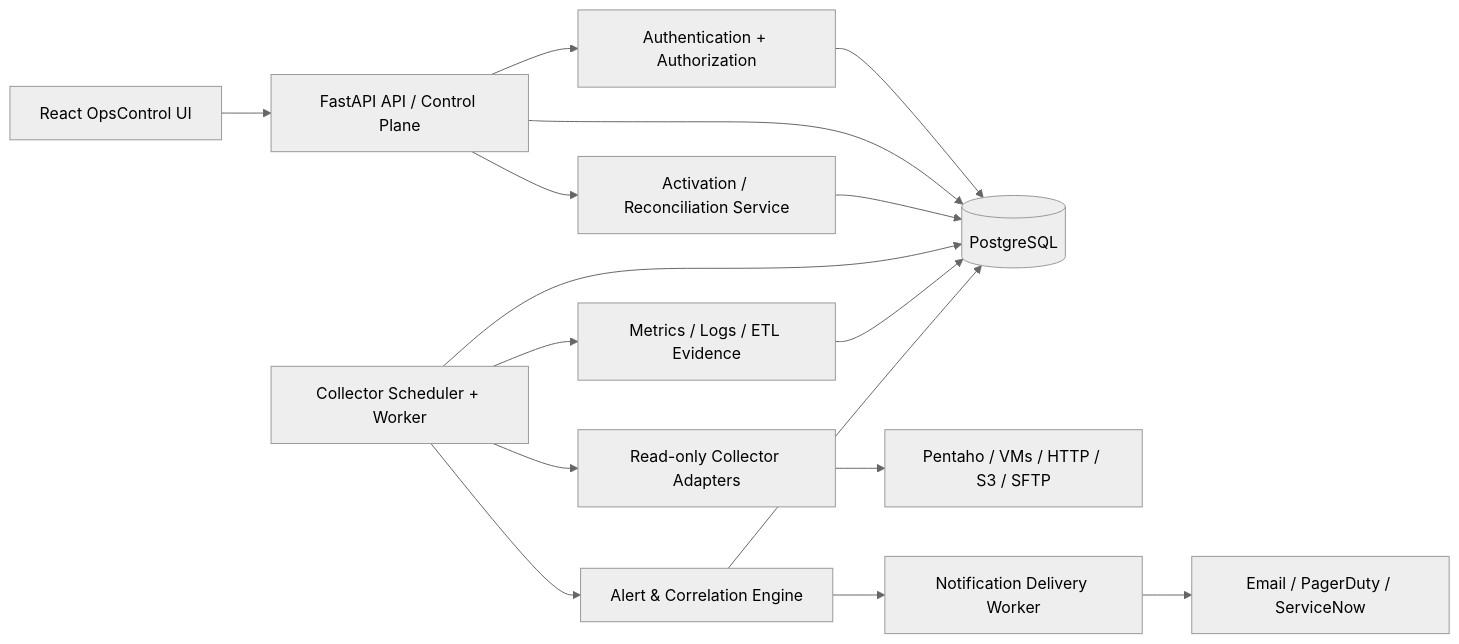
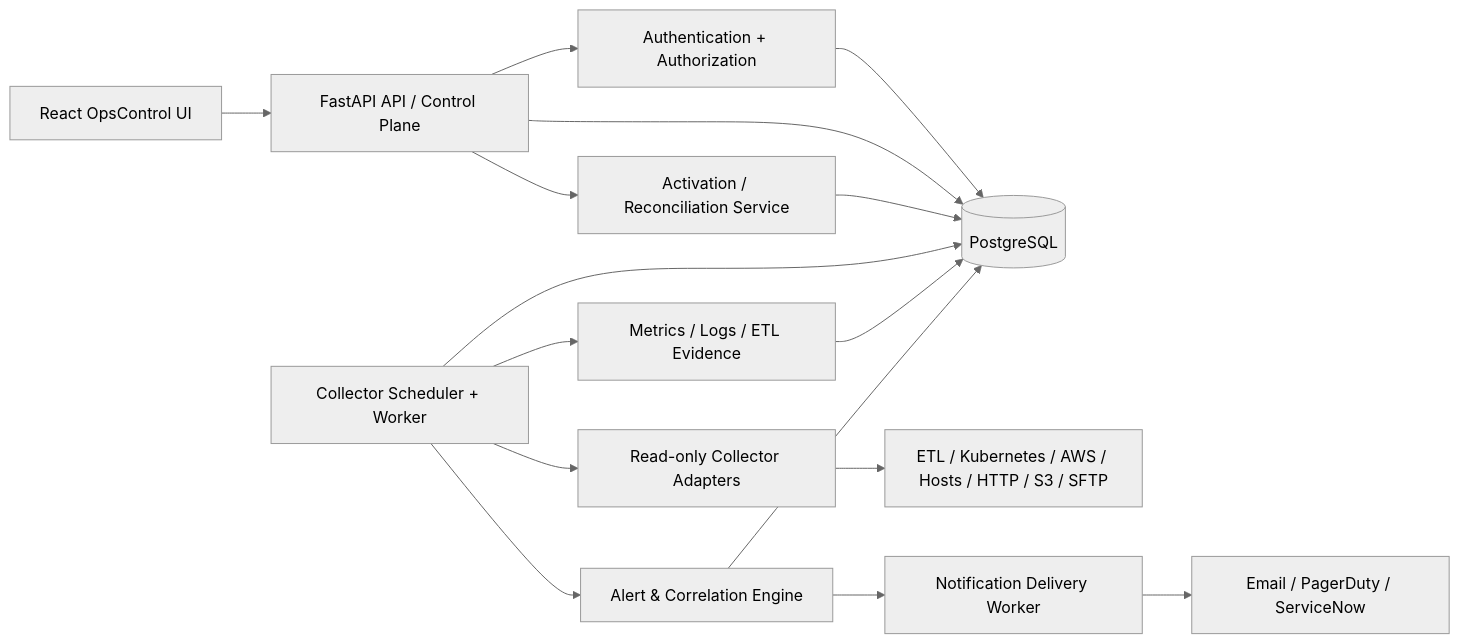
The diagram in docs/sdlc/phase2/01-ARCHITECTURE.md (Parikshit-Sahrawat/OpsControl_Dashboard), drawn with Mermaid (neutral theme) before and after one commit. The commit also changed other lines of this file, not shown here.

Commit message:
docs(phase2): align discovery, remote agent and integration sequence

````diff
--- a/docs/sdlc/phase2/01-ARCHITECTURE.md
+++ b/docs/sdlc/phase2/01-ARCHITECTURE.md
@@ -7,18 +10,18 @@
 ```mermaid
 flowchart LR
   Browser[React OpsControl UI] --> API[FastAPI API / Control Plane]
   API --> Auth[Authentication + Authorization]
   Auth --> DB[(PostgreSQL)]
   API --> DB
   API --> Act[Activation / Reconciliation Service]
   Act --> DB
   Worker[Collector Scheduler + Worker] --> DB
   Worker --> Adapters[Read-only Collector Adapters]
-  Adapters --> External[Pentaho / VMs / HTTP / S3 / SFTP]
+  Adapters --> External[ETL / Kubernetes / AWS / Hosts / HTTP / S3 / SFTP]
   Worker --> Evidence[Metrics / Logs / ETL Evidence]
   Evidence --> DB
   Worker --> Alerts[Alert & Correlation Engine]
   Alerts --> DB
   Alerts --> Delivery[Notification Delivery Worker]
   Delivery --> Providers[Email / PagerDuty / ServiceNow]
 ```
````
